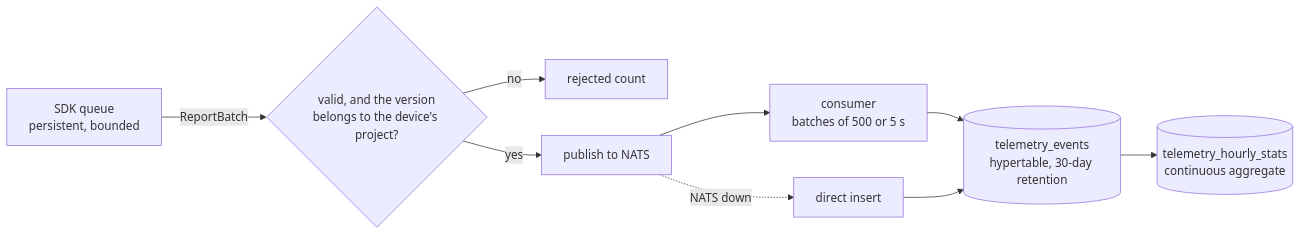
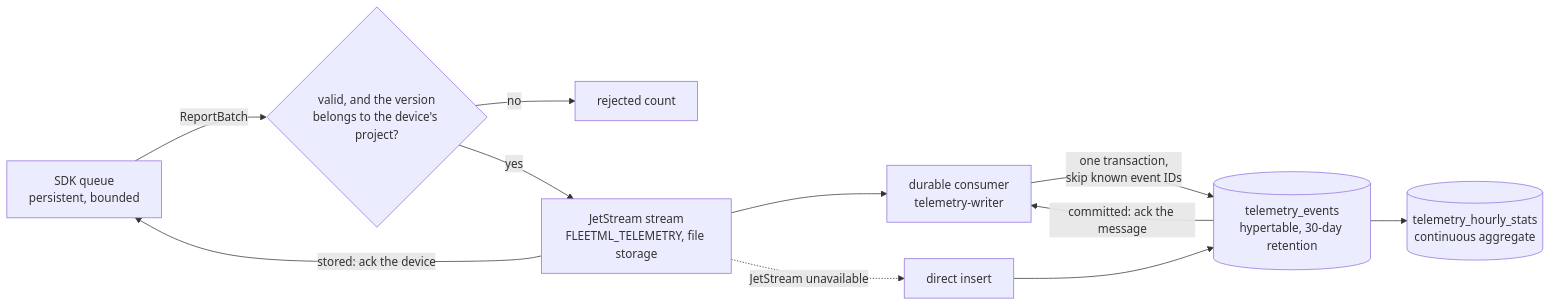
One commit to fleetml/fleetml changed the fourth of 8 diagrams in docs/ARCHITECTURE.md. Above: the diagram before and after it, drawn with Mermaid. The commit also changed other lines of this file and 35 other files, not shown here.

First line of the commit message:
feat(telemetry): at-least-once delivery through NATS JetStream

````diff
--- a/docs/ARCHITECTURE.md
+++ b/docs/ARCHITECTURE.md
@@ -143,10 +143,12 @@
 ```mermaid
 flowchart LR
   sdk[SDK queue<br/>persistent, bounded] -- ReportBatch --> v{valid, and the version<br/>belongs to the device's project?}
   v -- no --> rej[rejected count]
-  v -- yes --> pub[publish to NATS]
-  pub --> cons[consumer<br/>batches of 500 or 5 s]
-  cons --> ht[(telemetry_events<br/>hypertable, 30-day retention)]
+  v -- yes --> pub[JetStream stream<br/>FLEETML_TELEMETRY, file storage]
+  pub -- stored: ack the device --> sdk
+  pub --> cons[durable consumer<br/>telemetry-writer]
+  cons -- one transaction,<br/>skip known event IDs --> ht[(telemetry_events<br/>hypertable, 30-day retention)]
+  ht -- committed: ack the message --> cons
   ht --> agg[(telemetry_hourly_stats<br/>continuous aggregate)]
-  pub -. NATS down .-> direct[direct insert] --> ht
+  pub -. JetStream unavailable .-> direct[direct insert] --> ht
 ```
````
